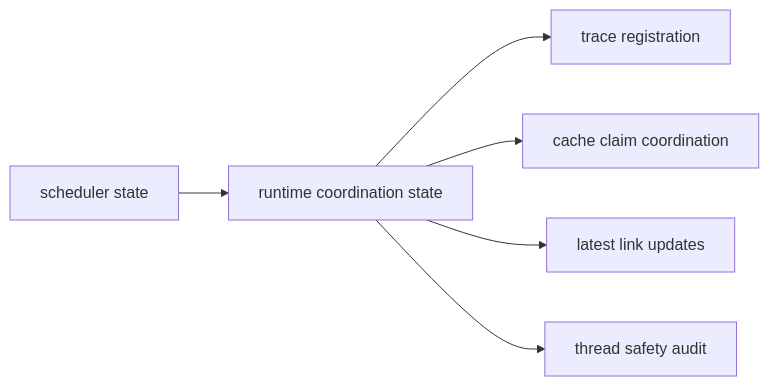
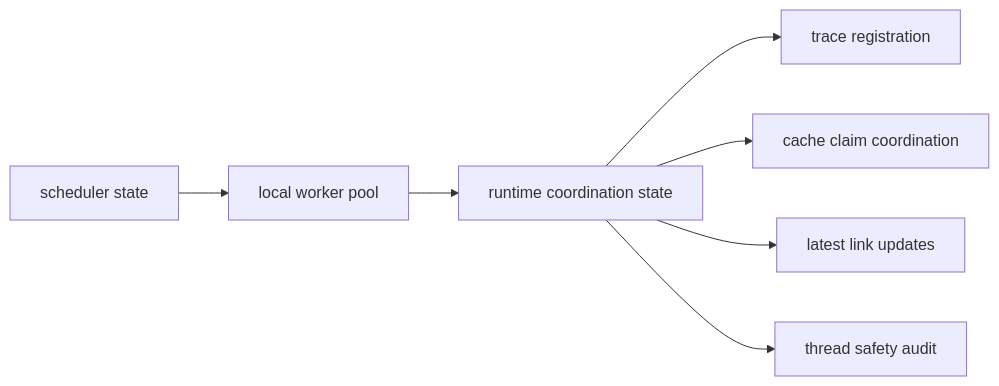
The diagram in docs/bijux-dag/architecture/runtime-concurrency-boundaries.md (bijux/bijux-cli), drawn with Mermaid before and after one commit. The commit also changed other lines of this file and 1 other file, not shown here.

Commit message:
docs(runtime): describe local worker execution boundary

````diff
--- a/docs/bijux-dag/architecture/runtime-concurrency-boundaries.md
+++ b/docs/bijux-dag/architecture/runtime-concurrency-boundaries.md
@@ -17,8 +17,9 @@
 ```mermaid
 flowchart LR
-    scheduler["scheduler state"] --> coordination["runtime coordination state"]
+    scheduler["scheduler state"] --> workers["local worker pool"]
+    workers --> coordination["runtime coordination state"]
     coordination --> traces["trace registration"]
     coordination --> cache["cache claim coordination"]
     coordination --> latest["latest link updates"]
     coordination --> audit["thread safety audit"]
 ```
````
